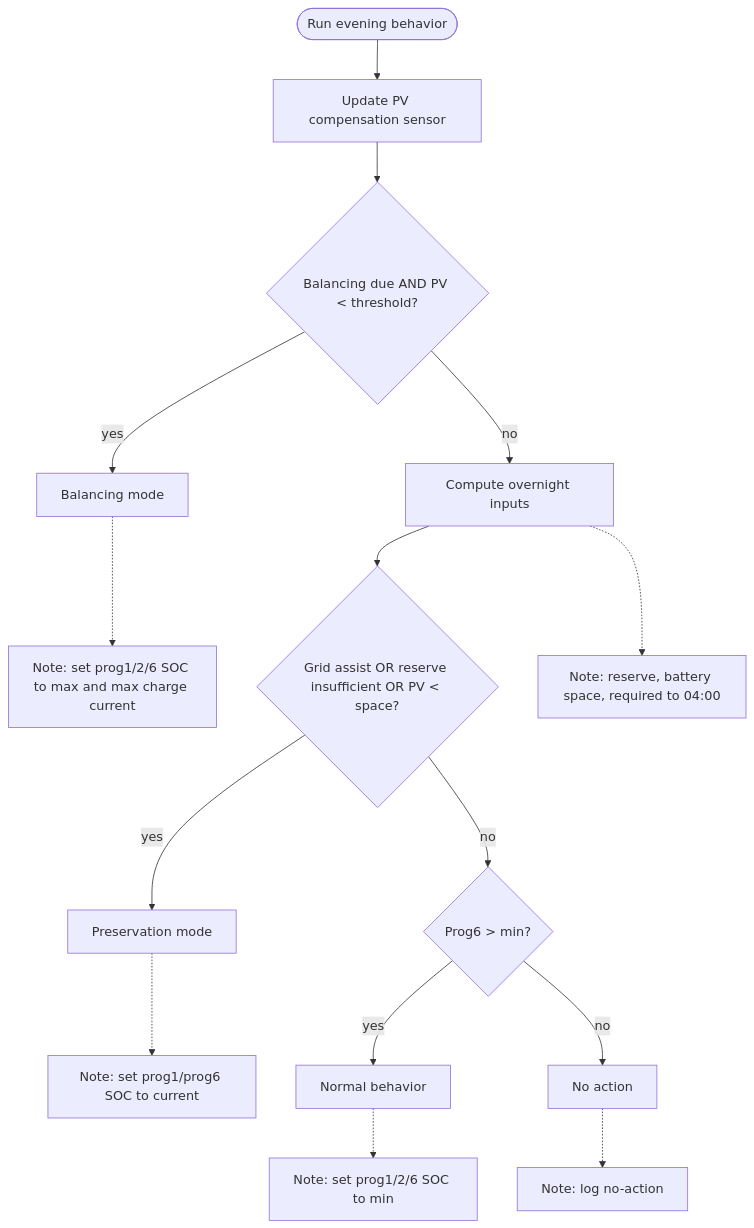
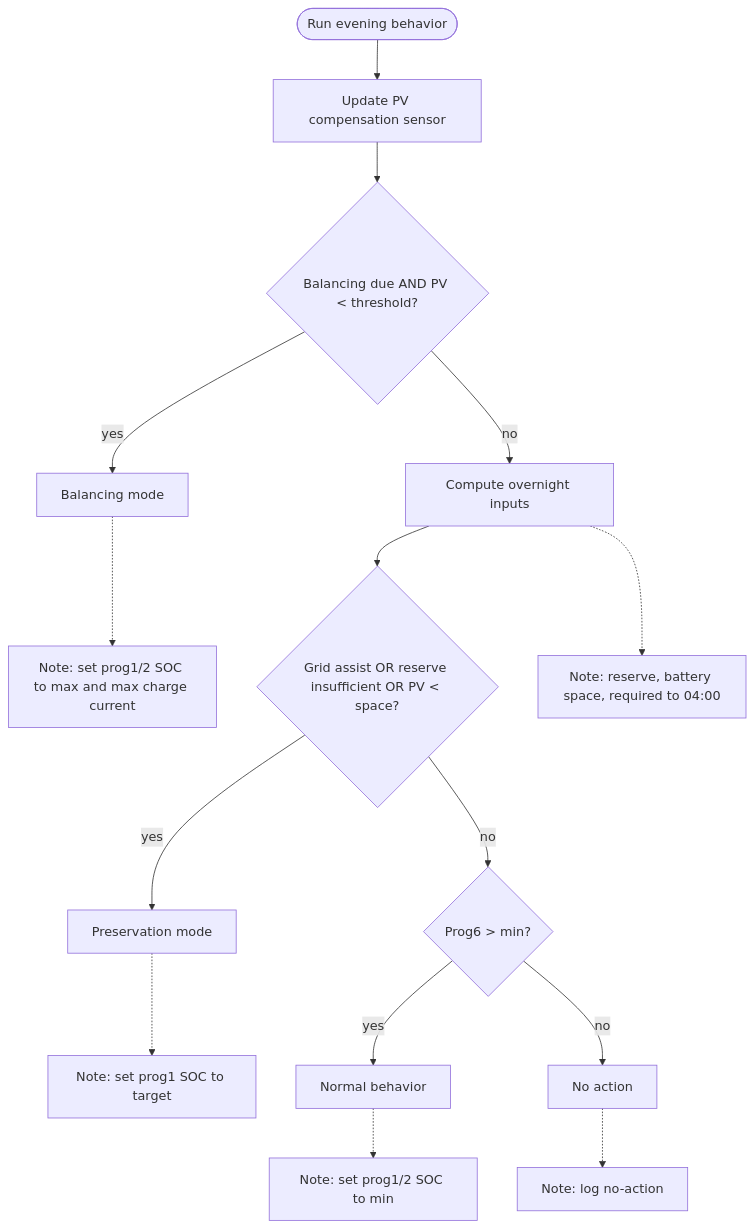
The diagram in docs/Evening_Behavior_Action.md (plebann/EnergyOptimizer), drawn with Mermaid before and after one commit. The commit also changed other lines of this file and 8 other files, not shown here.

````diff
--- a/docs/Evening_Behavior_Action.md
+++ b/docs/Evening_Behavior_Action.md
@@ -35,17 +35,17 @@
 ```mermaid
 flowchart TD
 	EB_start([Run evening behavior]) --> EB_comp[Update PV compensation sensor]
 	EB_comp --> EB_balance{Balancing due AND PV < threshold?}
 	EB_balance -->|yes| EB_balancing[Balancing mode]
 	EB_balance -->|no| EB_inputs[Compute overnight inputs]
 	EB_inputs --> EB_preserve{Grid assist OR reserve insufficient OR PV < space?}
 	EB_preserve -->|yes| EB_freeze[Preservation mode]
 	EB_preserve -->|no| EB_restore{Prog6 > min?}
 	EB_restore -->|yes| EB_normal[Normal behavior]
 	EB_restore -->|no| EB_no_action[No action]
-	EB_balancing -.-> EB_balancing_note[Note: set prog1/2/6 SOC to max and max charge current]
+	EB_balancing -.-> EB_balancing_note[Note: set prog1/2 SOC to max and max charge current]
 	EB_inputs -.-> EB_inputs_note[Note: reserve, battery space, required to 04:00]
-	EB_freeze -.-> EB_freeze_note[Note: set prog1/prog6 SOC to current]
-	EB_normal -.-> EB_normal_note[Note: set prog1/2/6 SOC to min]
+	EB_freeze -.-> EB_freeze_note[Note: set prog1 SOC to target]
+	EB_normal -.-> EB_normal_note[Note: set prog1/2 SOC to min]
 	EB_no_action -.-> EB_no_action_note[Note: log no-action]
 ```
````
